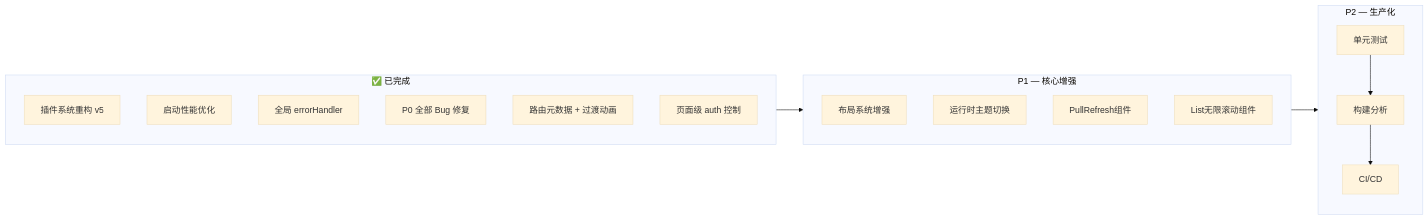
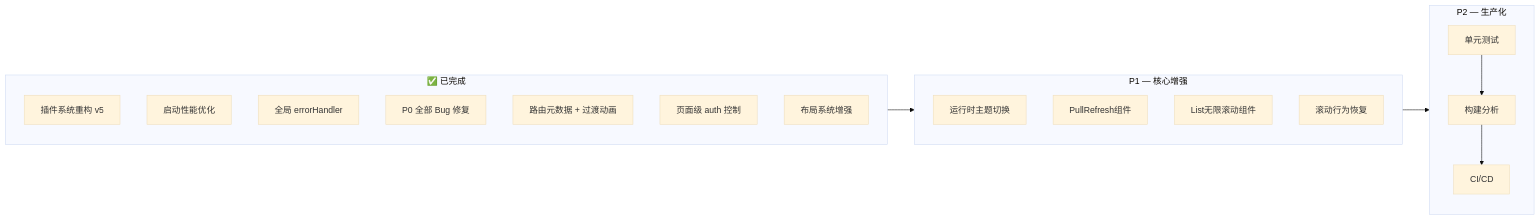
Before and after one commit to m2maomao/vite-plugins-demo: the diagram in plans/framework-deep-analysis.md, drawn with Mermaid (base theme). The commit also changed other lines of this file and 9 other files, not shown here.

````diff
--- a/plans/framework-deep-analysis.md
+++ b/plans/framework-deep-analysis.md
@@ -404,23 +420,24 @@
 ```mermaid
 flowchart LR
     subgraph Done[✅ 已完成]
         D1[插件系统重构 v5]
         D2[启动性能优化]
         D3[全局 errorHandler]
         D4[P0 全部 Bug 修复]
         D5[路由元数据 + 过渡动画]
         D6[页面级 auth 控制]
+        D7[布局系统增强]
     end
     subgraph P1[P1 — 核心增强]
-        B1[布局系统增强]
-        B2[运行时主题切换]
-        B3[PullRefresh组件]
-        B4[List无限滚动组件]
+        B1[运行时主题切换]
+        B2[PullRefresh组件]
+        B3[List无限滚动组件]
+        B4[滚动行为恢复]
     end
     subgraph P2[P2 — 生产化]
         C1[单元测试] --> C2[构建分析]
         C2 --> C3[CI/CD]
     end
     Done --> P1
     P1 --> P2
 ```
````
